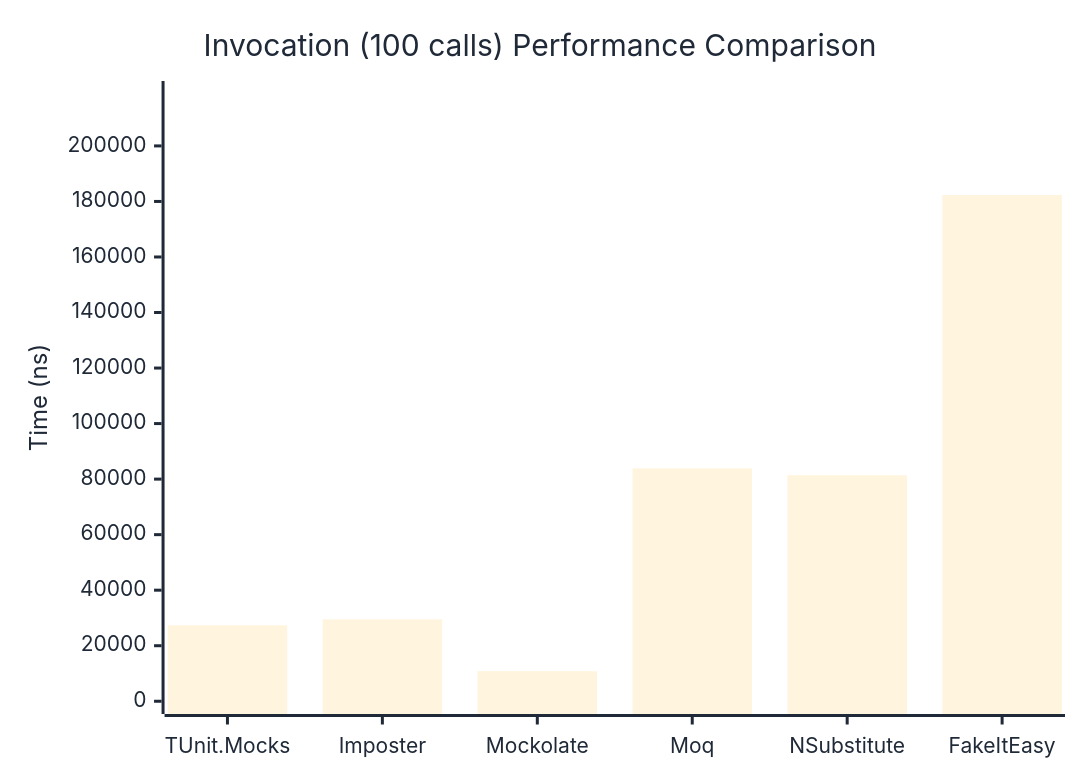
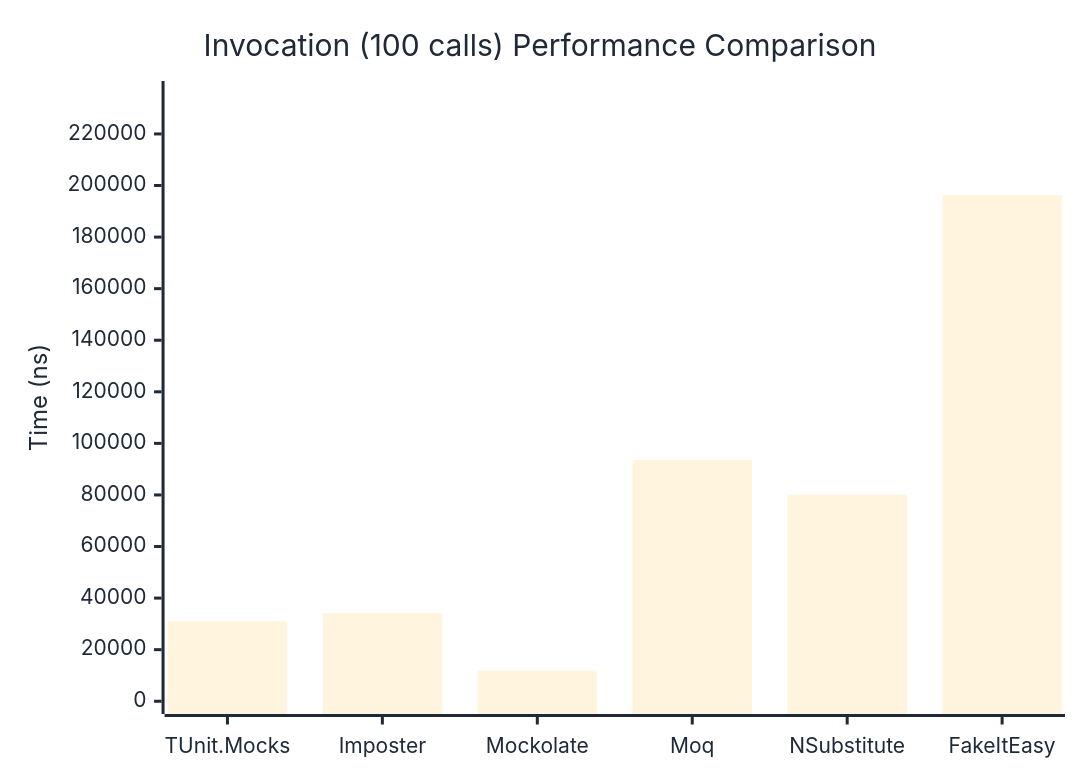
The third of 3 diagrams in docs/docs/benchmarks/mocks/Invocation.md (thomhurst/TUnit), drawn with Mermaid before and after one commit. The commit also changed other lines of this file and 14 other files, not shown here.

````diff
--- a/docs/docs/benchmarks/mocks/Invocation.md
+++ b/docs/docs/benchmarks/mocks/Invocation.md
@@ -112,27 +112,27 @@
 ```mermaid
 %%{init: {
   'theme':'base',
   'themeVariables': {
     'primaryColor': '#2563eb',
     'primaryTextColor': '#1f2937',
     'primaryBorderColor': '#1e40af',
     'lineColor': '#6b7280',
     'secondaryColor': '#7c3aed',
     'tertiaryColor': '#dc2626',
     'background': '#ffffff',
     'pie1': '#2563eb',
     'pie2': '#7c3aed',
     'pie3': '#dc2626',
     'pie4': '#f59e0b',
     'pie5': '#10b981',
     'pie6': '#06b6d4',
     'pie7': '#ec4899',
     'pie8': '#6366f1'
   }
 }}%%
 xychart-beta
   title "Invocation (100 calls) Performance Comparison"
   x-axis ["TUnit.Mocks", "Imposter", "Mockolate", "Moq", "NSubstitute", "FakeItEasy"]
-  y-axis "Time (ns)" 0 --> 218787
-  bar [27342.5, 29495.1, 10825.3, 83855.2, 81404.3, 182322.3]
+  y-axis "Time (ns)" 0 --> 235586
+  bar [31029.4, 34187.4, 11919.1, 93554.9, 80192.8, 196321.6]
 ```
````
